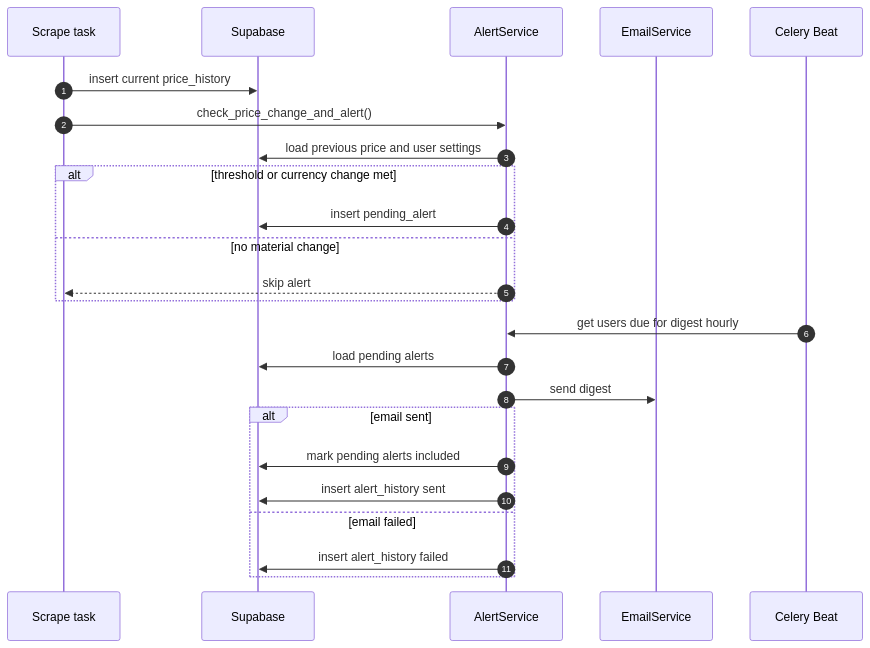
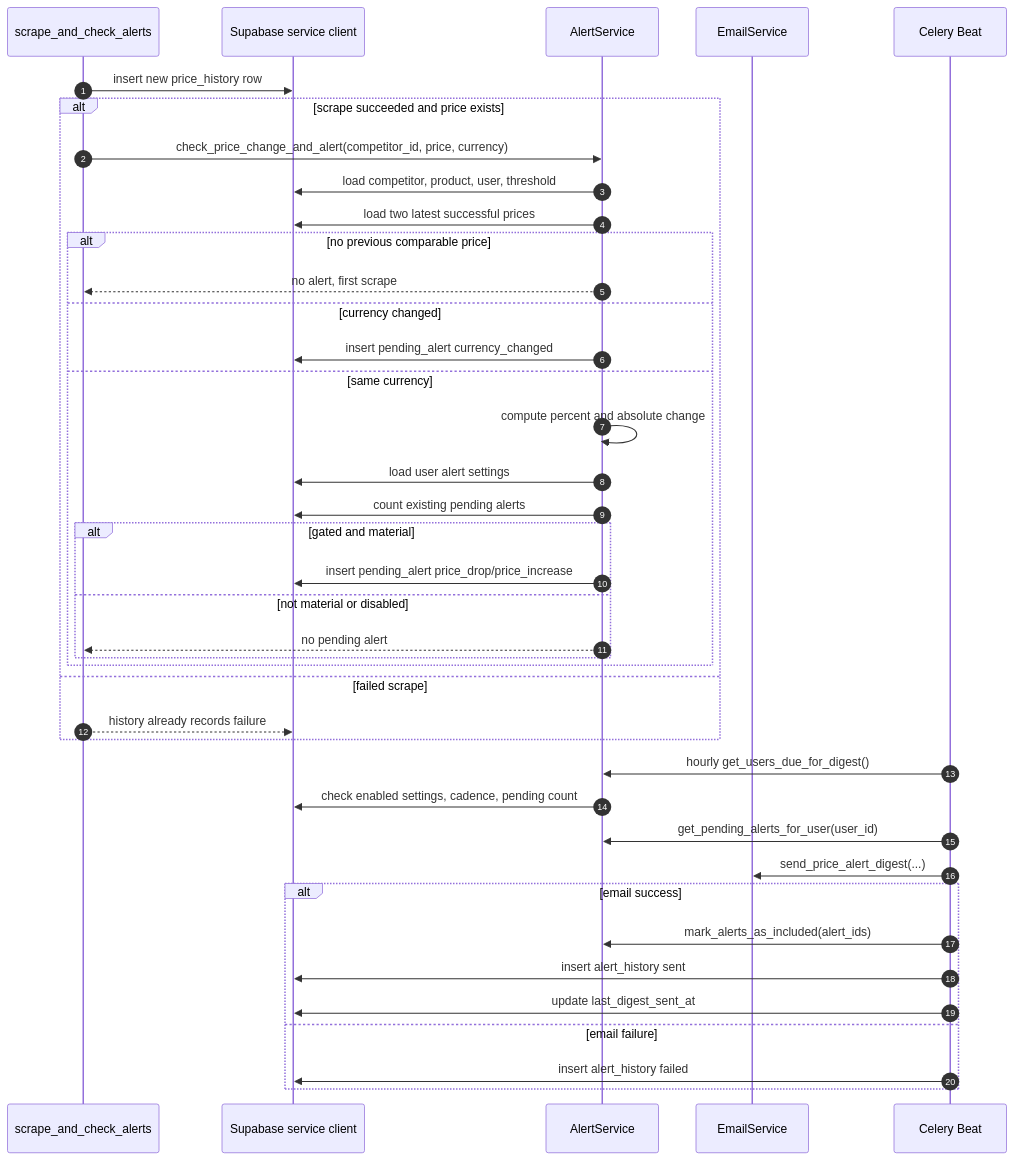
The fifth of 7 diagrams in docs/logic_used.md (dreww01/pricehawk), drawn with Mermaid before and after one commit. The commit also changed other lines of this file and 1 other file, not shown here.

Commit message:
feat(orc-31): apply build directive (the architecture.md and logic_used.md is too conso)

````diff
--- a/docs/logic_used.md
+++ b/docs/logic_used.md
@@ -118,27 +247,44 @@
 ```mermaid
 sequenceDiagram
     autonumber
-    participant Scrape as Scrape task
-    participant DB as Supabase
+    participant Scrape as scrape_and_check_alerts
+    participant DB as Supabase service client
     participant Alert as AlertService
     participant Email as EmailService
     participant Beat as Celery Beat
 
-    Scrape->>DB: insert current price_history
-    Scrape->>Alert: check_price_change_and_alert()
-    Alert->>DB: load previous price and user settings
-    alt threshold or currency change met
-        Alert->>DB: insert pending_alert
-    else no material change
-        Alert-->>Scrape: skip alert
+    Scrape->>DB: insert new price_history row
+    alt scrape succeeded and price exists
+        Scrape->>Alert: check_price_change_and_alert(competitor_id, price, currency)
+        Alert->>DB: load competitor, product, user, threshold
+        Alert->>DB: load two latest successful prices
+        alt no previous comparable price
+            Alert-->>Scrape: no alert, first scrape
+        else currency changed
+            Alert->>DB: insert pending_alert currency_changed
+        else same currency
+            Alert->>Alert: compute percent and absolute change
+            Alert->>DB: load user alert settings
+            Alert->>DB: count existing pending alerts
+            alt gated and material
+                Alert->>DB: insert pending_alert price_drop/price_increase
+            else not material or disabled
+                Alert-->>Scrape: no pending alert
+            end
+        end
+    else failed scrape
+        Scrape-->>DB: history already records failure
     end
-    Beat->>Alert: get users due for digest hourly
-    Alert->>DB: load pending alerts
-    Alert->>Email: send digest
-    alt email sent
-        Alert->>DB: mark pending alerts included
-        Alert->>DB: insert alert_history sent
-    else email failed
-        Alert->>DB: insert alert_history failed
+
+    Beat->>Alert: hourly get_users_due_for_digest()
+    Alert->>DB: check enabled settings, cadence, pending count
+    Beat->>Alert: get_pending_alerts_for_user(user_id)
+    Beat->>Email: send_price_alert_digest(...)
+    alt email success
+        Beat->>Alert: mark_alerts_as_included(alert_ids)
+        Beat->>DB: insert alert_history sent
+        Beat->>DB: update last_digest_sent_at
+    else email failure
+        Beat->>DB: insert alert_history failed
     end
 ```
````
